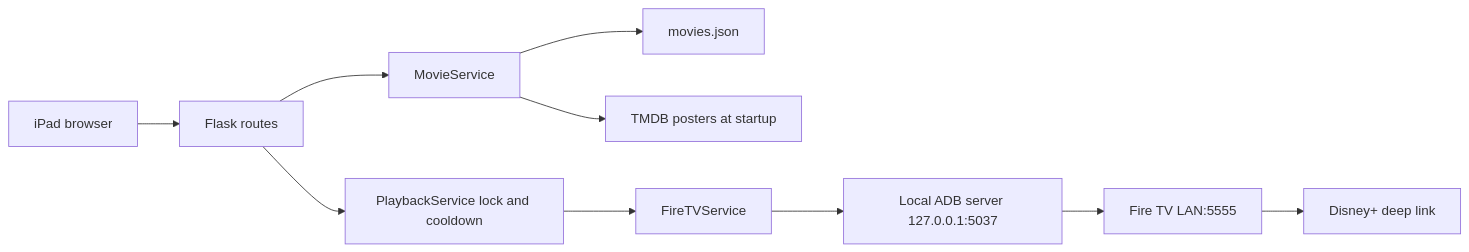
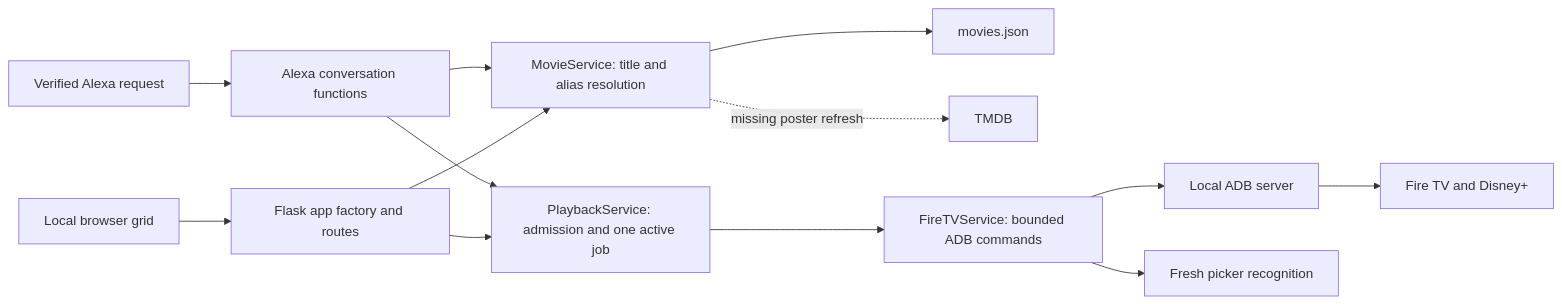
One commit to asfradkin/zmoviemagic changed the first of 2 diagrams in docs/architecture.md. Above: the diagram before and after it, drawn with Mermaid. The commit also changed other lines of this file and 41 other files, not shown here.

````diff
--- a/docs/architecture.md
+++ b/docs/architecture.md
@@ -24,12 +24,15 @@
 ```mermaid
 flowchart LR
-  I[iPad browser] --> F[Flask routes]
-  F --> M[MovieService]
-  M --> J[movies.json]
-  M --> T[TMDB posters at startup]
-  F --> P[PlaybackService lock and cooldown]
-  P --> V[FireTVService]
-  V --> A[Local ADB server 127.0.0.1:5037]
-  A --> D[Fire TV LAN:5555]
-  D --> X[Disney+ deep link]
+    Grid[Local browser grid] --> Flask[Flask app factory and routes]
+    Alexa[Verified Alexa request] --> Conversation[Alexa conversation functions]
+    Conversation --> Movies[MovieService: title and alias resolution]
+    Conversation --> Playback[PlaybackService: admission and one active job]
+    Flask --> Movies
+    Flask --> Playback
+    Movies --> Catalog[movies.json]
+    Movies -. missing poster refresh .-> TMDB[TMDB]
+    Playback --> Fire[FireTVService: bounded ADB commands]
+    Fire --> ADB[Local ADB server]
+    ADB --> TV[Fire TV and Disney+]
+    Fire --> Profile[Fresh picker recognition]
 ```
````
